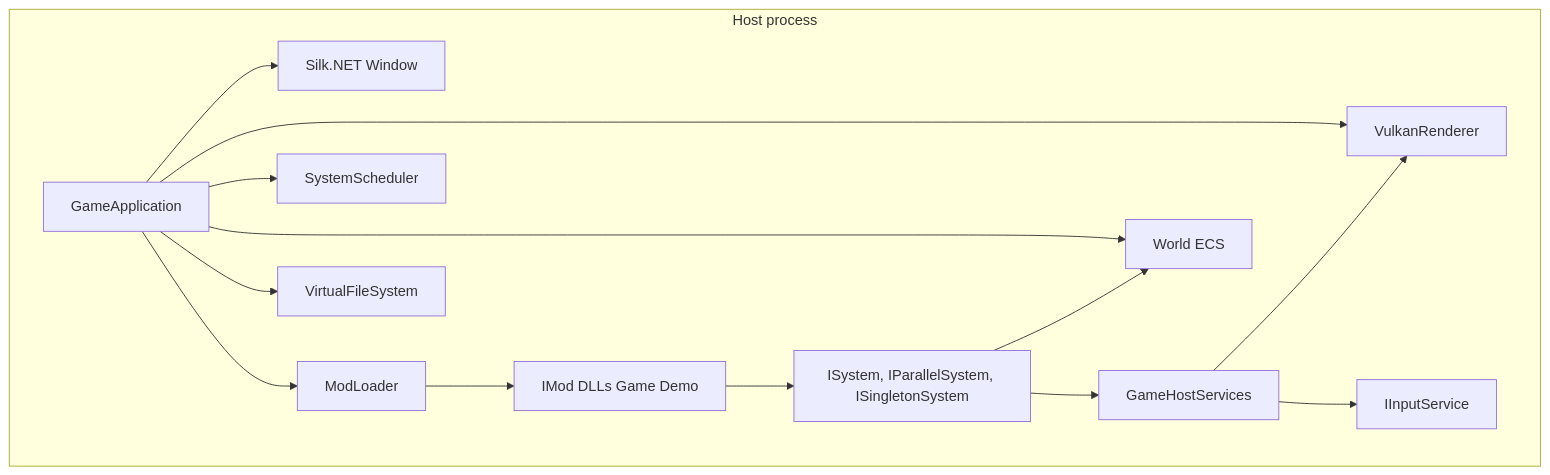
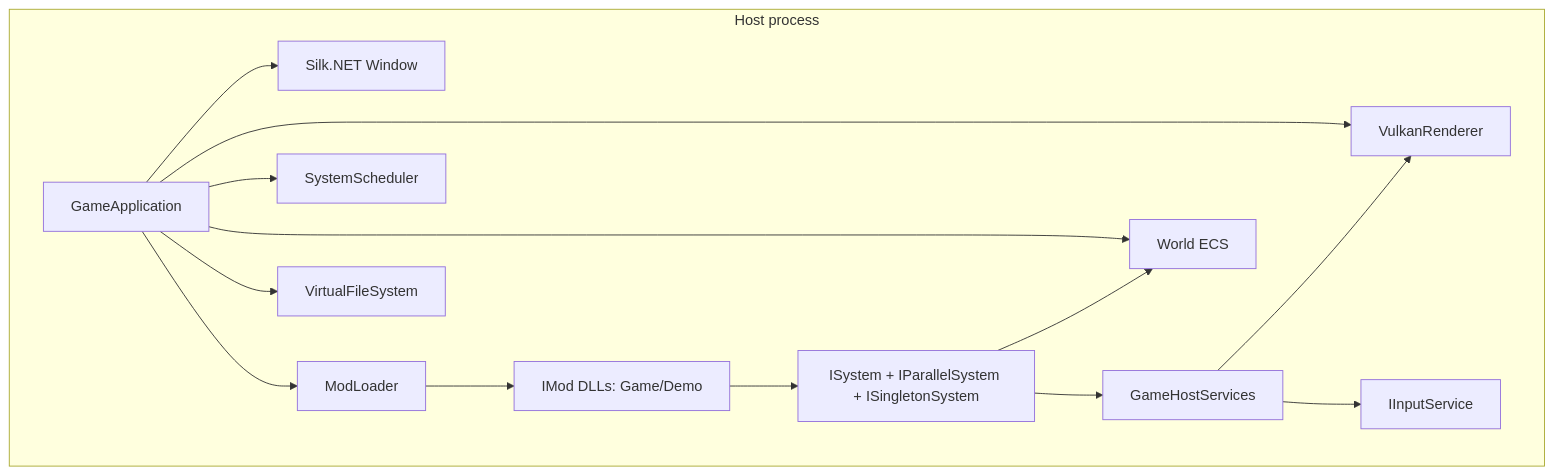
Before and after one commit to wallacet/Cyberland: the diagram in README.md, drawn with Mermaid.

Commit message:
Fixed high-level architecture graph.

````diff
--- a/README.md
+++ b/README.md
@@ -205,19 +205,29 @@
 ```mermaid
-flowchart TB
-  subgraph HP["Host process"]
-    GA["GameApplication"]
-    GA --> WIN["Silk.NET Window"]
-    GA --> VK["VulkanRenderer"]
-    GA --> SCHED["SystemScheduler"]
-    GA --> ECS["World ECS"]
-    GA --> VFS["VirtualFileSystem"]
-    ML["ModLoader"]
+graph TB
+  subgraph HP[Host process]
+    GA[GameApplication]
+    WIN[Silk.NET Window]
+    VK[VulkanRenderer]
+    SCHED[SystemScheduler]
+    ECS[World ECS]
+    VFS[VirtualFileSystem]
+    ML[ModLoader]
+    MODS[IMod DLLs: Game/Demo]
+    SYS[ISystem + IParallelSystem + ISingletonSystem]
+    SVC[GameHostServices]
+    INP[IInputService]
+
+    GA --> WIN
+    GA --> VK
+    GA --> SCHED
+    GA --> ECS
+    GA --> VFS
     GA --> ML
-    ML --> MODS["IMod DLLs Game Demo"]
-    MODS --> SYS["ISystem, IParallelSystem, ISingletonSystem"]
+    ML --> MODS
+    MODS --> SYS
     SYS --> ECS
-    SYS --> SVC["GameHostServices"]
+    SYS --> SVC
     SVC --> VK
-    SVC --> INP["IInputService"]
+    SVC --> INP
   end
 ```
````
